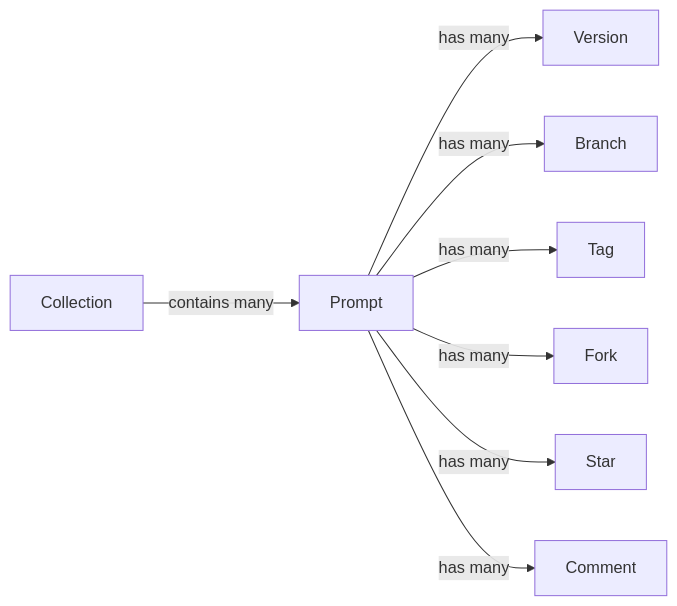
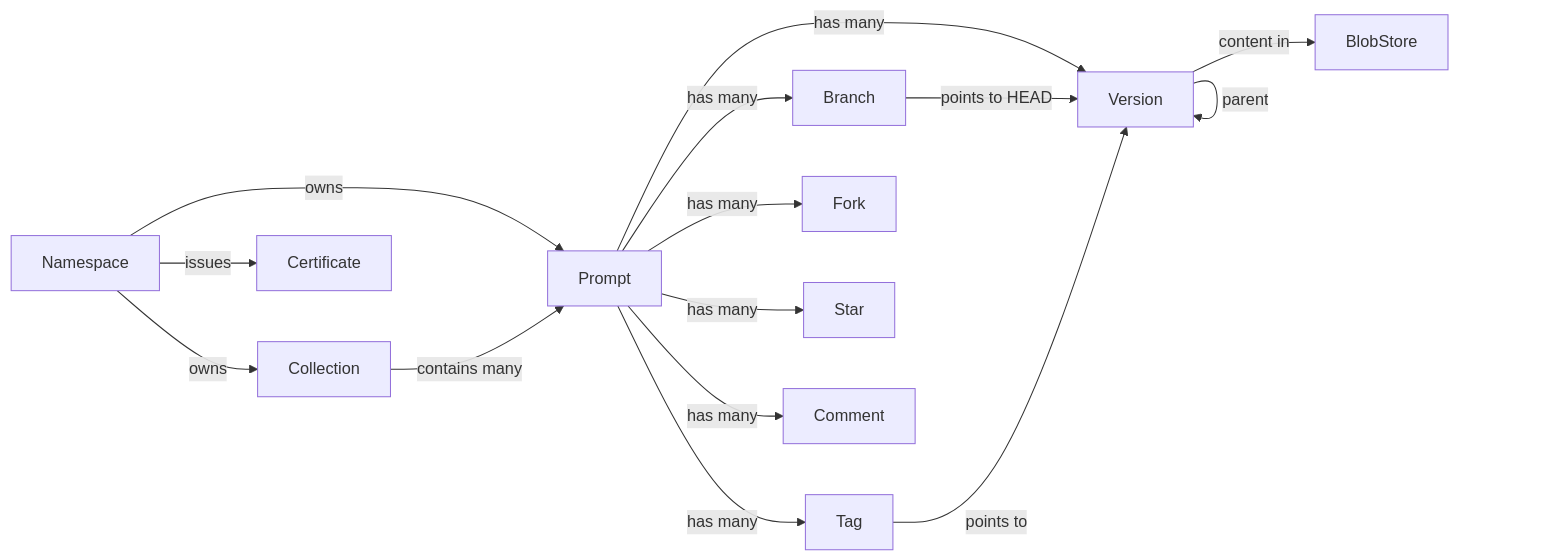
Before and after one commit to oliben67/cantica-api: the first of 3 diagrams in docs/api-manual.md, drawn with Mermaid. The commit also changed other lines of this file and 19 other files, not shown here.

````diff
--- a/docs/api-manual.md
+++ b/docs/api-manual.md
@@ -41,10 +38,17 @@
 ```mermaid
 graph LR
+    Namespace -->|"owns"| Prompt
+    Namespace -->|"owns"| Collection
+    Namespace -->|"issues"| Certificate
     Prompt -->|"has many"| Version
     Prompt -->|"has many"| Branch
     Prompt -->|"has many"| Tag
     Prompt -->|"has many"| Fork
     Prompt -->|"has many"| Star
     Prompt -->|"has many"| Comment
     Collection -->|"contains many"| Prompt
+    Branch -->|"points to HEAD"| Version
+    Tag -->|"points to"| Version
+    Version -->|"content in"| BlobStore
+    Version -->|"parent"| Version
 ```
````
